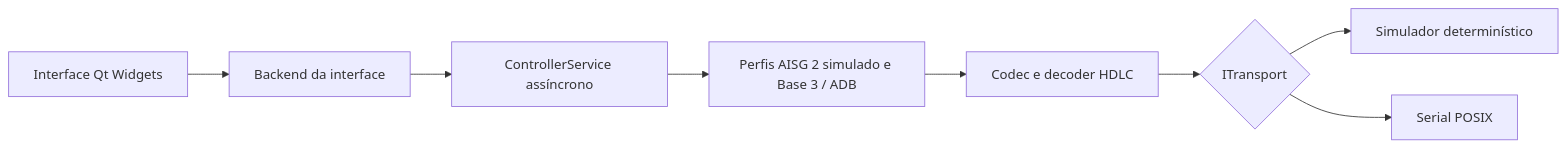
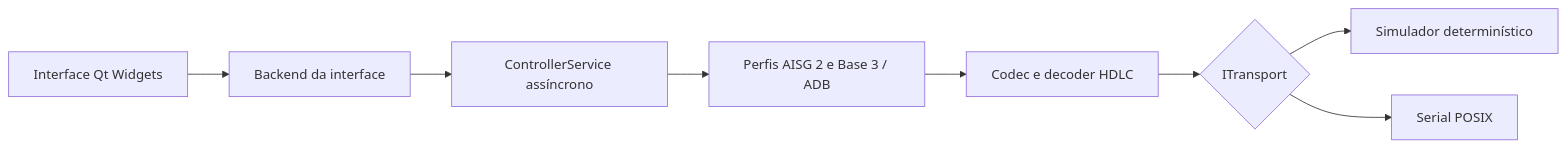
Before and after one commit to Gecesars/aisg_controller_c-: the diagram in README.md, drawn with Mermaid. The commit also changed other lines of this file and 22 other files, not shown here.

````diff
--- a/README.md
+++ b/README.md
@@ -64,10 +64,10 @@
 ```mermaid
 flowchart LR
     UI[Interface Qt Widgets] --> B[Backend da interface]
     B --> C[ControllerService assíncrono]
-    C --> A[Perfis AISG 2 simulado e Base 3 / ADB]
+    C --> A[Perfis AISG 2 e Base 3 / ADB]
     A --> H[Codec e decoder HDLC]
     H --> T{ITransport}
     T --> S[Simulador determinístico]
     T --> P[Serial POSIX]
 ```
````
